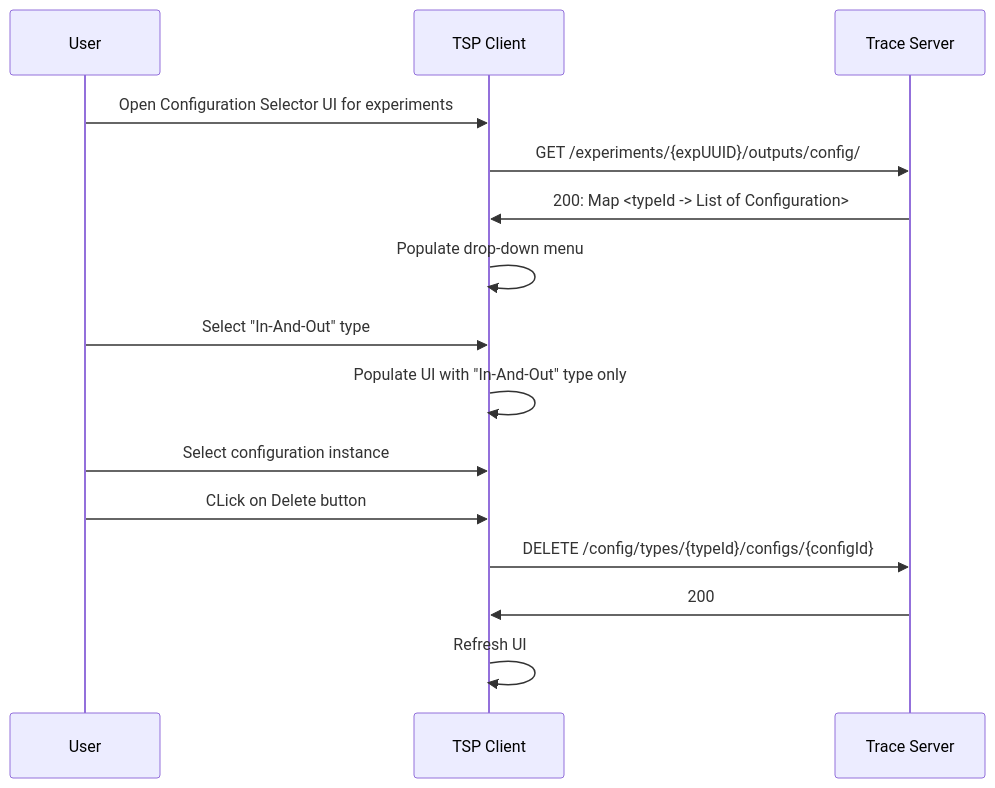
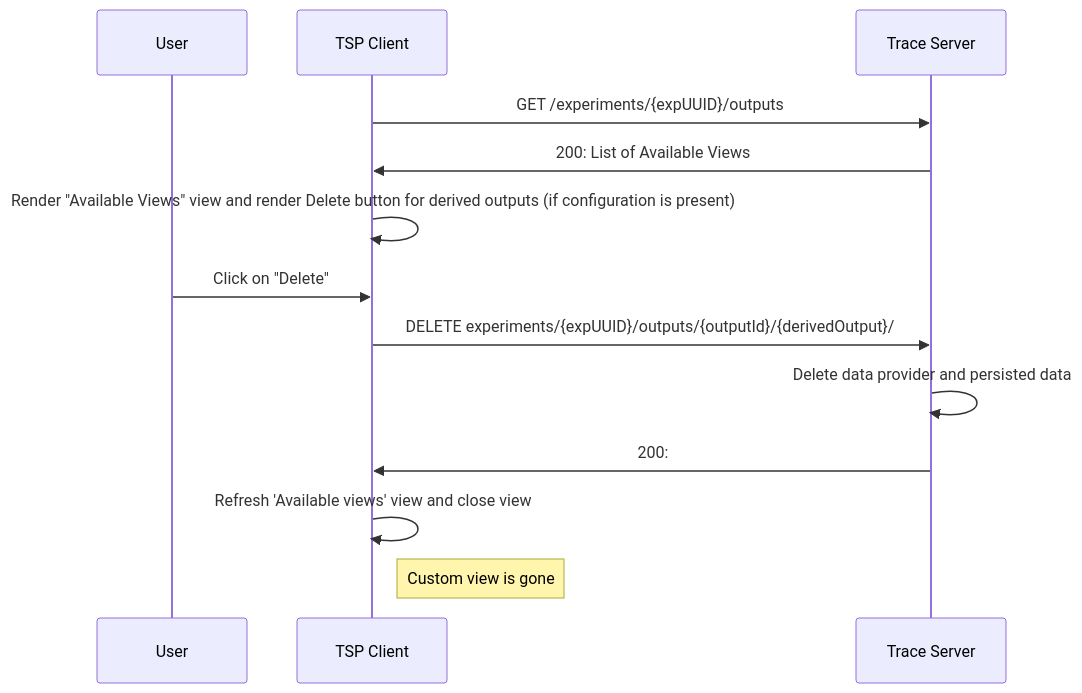
One commit to eclipse-cdt-cloud/theia-trace-extension changed the fifth of 5 diagrams in doc/adr/0011-tsp-analysis-api.md. Above: the diagram before and after it, drawn with Mermaid. The commit also changed other lines of this file, not shown here.

First line of the commit message:
Update 0011-tsp-analysis-api for custom analysis

````diff
--- a/doc/adr/0011-tsp-analysis-api.md
+++ b/doc/adr/0011-tsp-analysis-api.md
@@ -235,17 +314,15 @@
 ```mermaid
 sequenceDiagram
     participant user as User
     participant client as TSP Client
     participant server as Trace Server
-    user->>client: Open Configuration Selector UI for experiments
-    client->>server: GET /experiments/{expUUID}/outputs/config/
-    server->>client: 200: Map <typeId -> List of Configuration>
-    client->>client: Populate drop-down menu
-    user->>client: Select "In-And-Out" type
-    client->>client: Populate UI with "In-And-Out" type only
-    user->>client: Select configuration instance
-    user->>client: CLick on Delete button
-    client->>server: DELETE /config/types/{typeId}/configs/{configId}
-    server->>client: 200
-    client->>client: Refresh UI
+    client->>server: GET /experiments/{expUUID}/outputs
+    server->>client: 200: List of Available Views
+    client->>client: Render "Available Views" view and render Delete button for derived outputs (if configuration is present)
+    user->>client: Click on "Delete"
+    client->>server: DELETE experiments/{expUUID}/outputs/{outputId}/{derivedOutput}/
+    server->>server: Delete data provider and persisted data
+    server->>client: 200:
+    client->>client: Refresh 'Available views' view and close view
+    Note right of client: Custom view is gone
 ```
````
